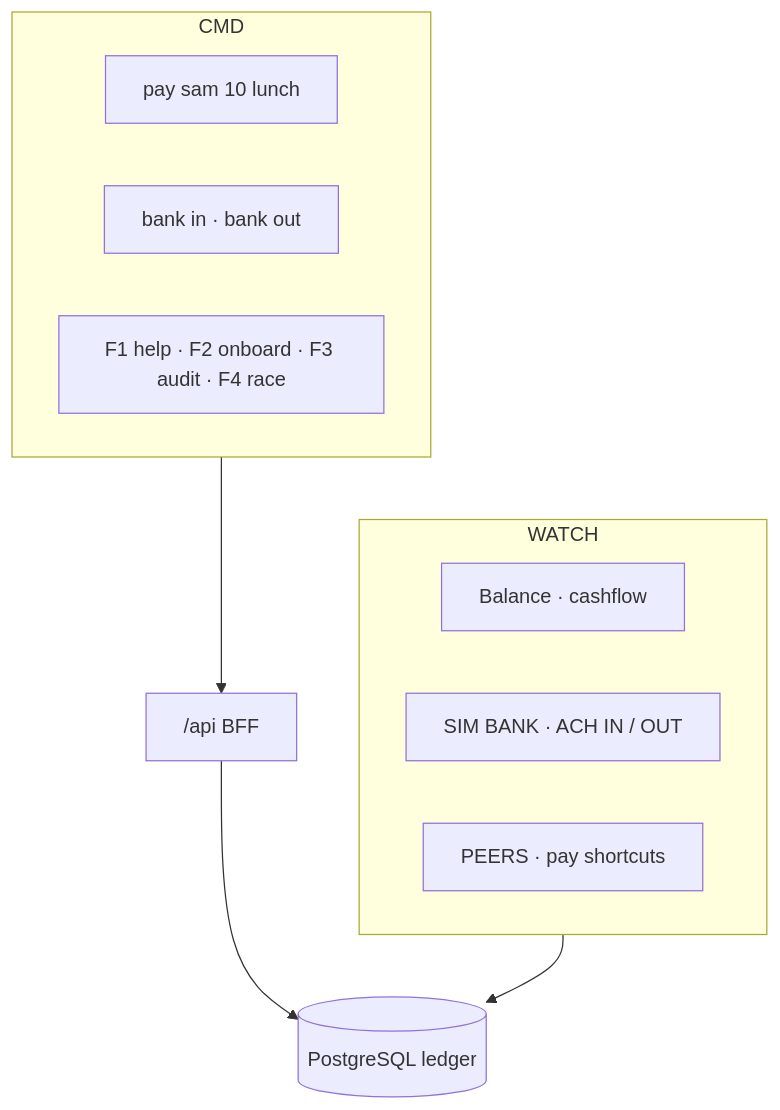
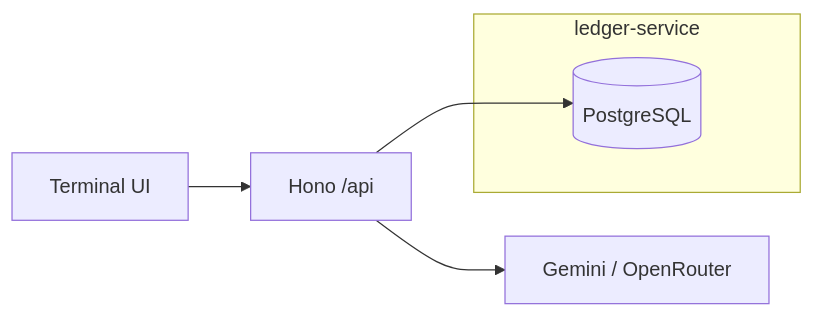
The first of 2 diagrams in README.md (developer-az/p2p-ledger), drawn with Mermaid before and after one commit. The commit also changed other lines of this file and 4 other files, not shown here.

````diff
--- a/README.md
+++ b/README.md
@@ -43,16 +56,9 @@
 ```mermaid
-flowchart TB
-  subgraph watch["WATCH"]
-    BAL[Balance · cashflow]
-    BANK[SIM BANK · ACH IN / OUT]
-    PEER[PEERS · pay shortcuts]
+flowchart LR
+  UI[Terminal UI] --> API[Hono /api]
+  API --> PG[(PostgreSQL)]
+  API --> LLM[Gemini / OpenRouter]
+  subgraph ledger["ledger-service"]
+    PG
   end
-  subgraph cmd["CMD"]
-    PAY[pay sam 10 lunch]
-    BIN[bank in · bank out]
-    FN[F1 help · F2 onboard · F3 audit · F4 race]
-  end
-  watch --> PG[(PostgreSQL ledger)]
-  cmd --> API["/api BFF"]
-  API --> PG
 ```
````
